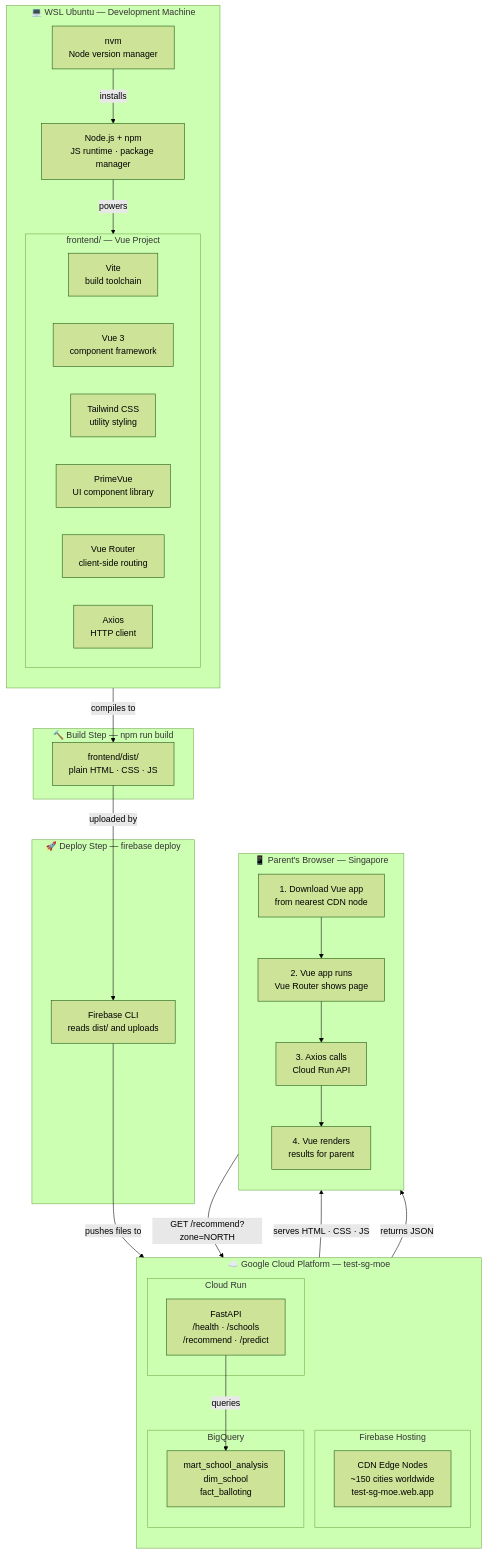
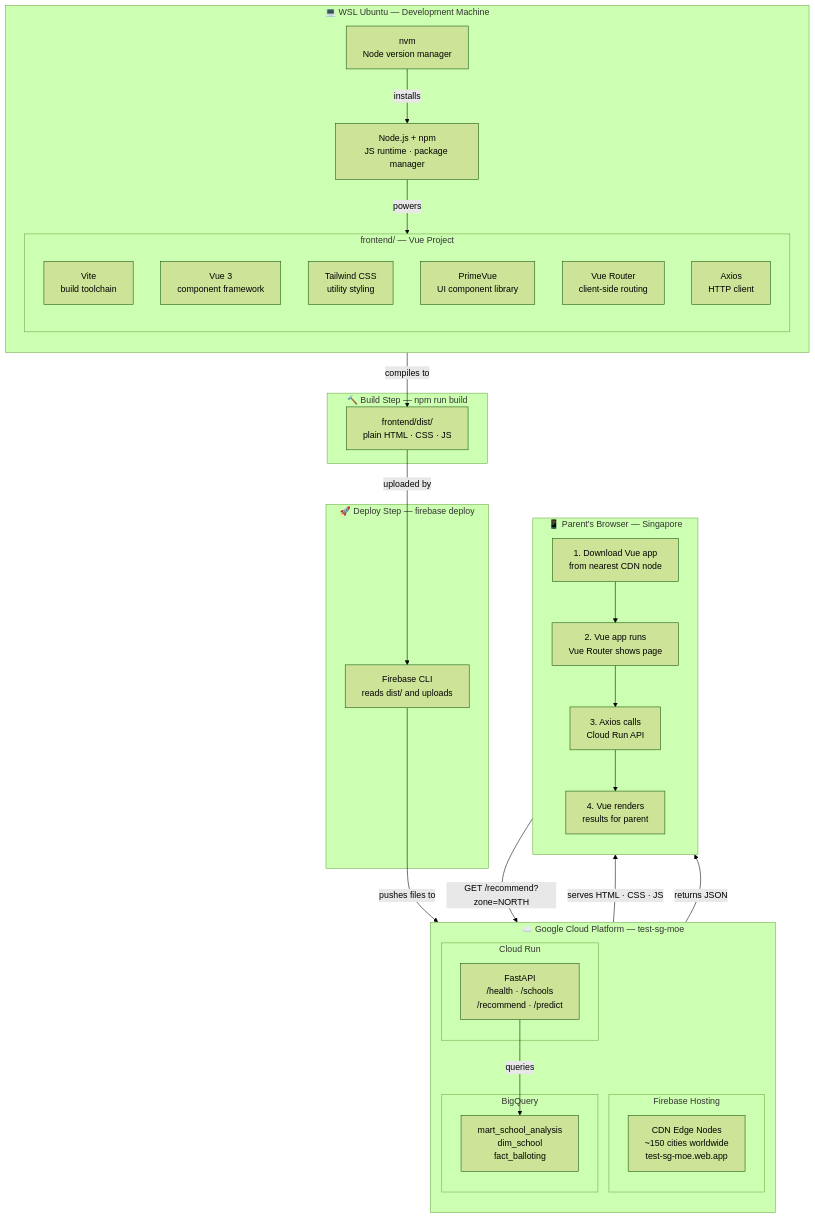
Before and after one commit to khoonseng/NTU_Capstone_SGPrimary: the first of 2 diagrams in docs/frontend_architecture.md, drawn with Mermaid (forest theme).

Commit message:
update flowchart direction

````diff
--- a/docs/frontend_architecture.md
+++ b/docs/frontend_architecture.md
@@ -14,66 +14,66 @@
 ```mermaid
 flowchart TD
     subgraph DEV["💻 WSL Ubuntu — Development Machine"]
         direction TB
         NVM["nvm\nNode version manager"]
         NODE["Node.js + npm\nJS runtime · package manager"]
         NVM -->|installs| NODE
 
         subgraph FRONTEND["frontend/ — Vue Project"]
-            direction LR
+            direction TB
             VITE["Vite\nbuild toolchain"]
             VUE["Vue 3\ncomponent framework"]
             TW["Tailwind CSS\nutility styling"]
             PV["PrimeVue\nUI component library"]
             VR["Vue Router\nclient-side routing"]
             AX["Axios\nHTTP client"]
         end
 
         NODE -->|powers| FRONTEND
     end
 
     subgraph BUILD["🔨 Build Step — npm run build"]
         DIST["frontend/dist/\nplain HTML · CSS · JS"]
     end
 
     subgraph DEPLOY["🚀 Deploy Step — firebase deploy"]
         FBCLI["Firebase CLI\nreads dist/ and uploads"]
     end
 
     FRONTEND -->|compiles to| DIST
     DIST -->|uploaded by| FBCLI
 
     subgraph GCP["☁️ Google Cloud Platform — test-sg-moe"]
         direction TB
 
         subgraph HOSTING["Firebase Hosting"]
             CDN["CDN Edge Nodes\n~150 cities worldwide\ntest-sg-moe.web.app"]
         end
 
         subgraph BACKEND["Cloud Run"]
             API["FastAPI\n/health · /schools\n/recommend · /predict"]
         end
 
         subgraph DWH["BigQuery"]
             MART["mart_school_analysis\ndim_school\nfact_balloting"]
         end
 
         API -->|queries| MART
     end
 
     FBCLI -->|pushes files to| CDN
 
     subgraph BROWSER["📱 Parent's Browser — Singapore"]
         direction TB
         LOAD["1. Download Vue app\nfrom nearest CDN node"]
         RUN["2. Vue app runs\nVue Router shows page"]
         CALL["3. Axios calls\nCloud Run API"]
         RENDER["4. Vue renders\nresults for parent"]
 
         LOAD --> RUN --> CALL --> RENDER
     end
 
     CDN -->|"serves HTML · CSS · JS"| LOAD
     CALL -->|"GET /recommend?zone=NORTH"| API
     API -->|"returns JSON"| CALL
 ```
````
